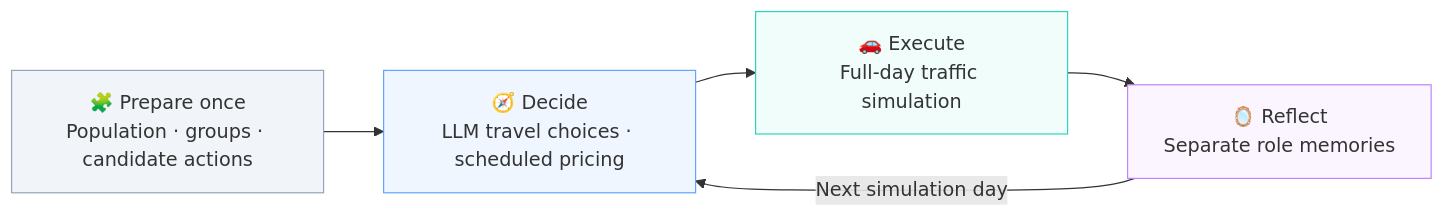
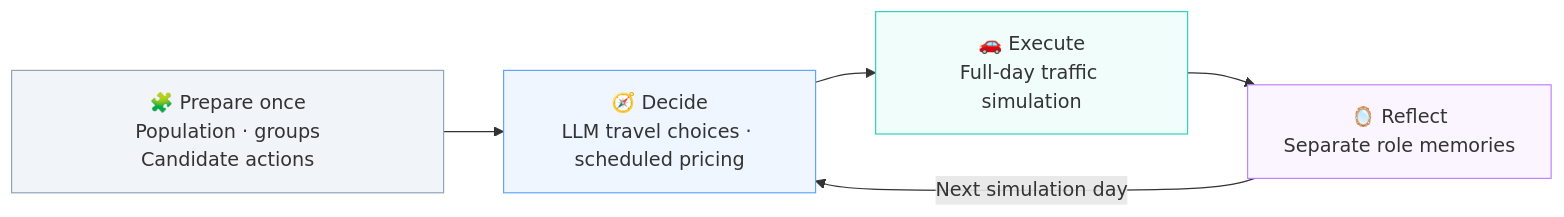
The diagram in README.md (Agentic-City-Research/Agentic-Mobility), drawn with Mermaid before and after one commit.

````diff
--- a/README.md
+++ b/README.md
@@ -38,15 +38,15 @@
 ```mermaid
 flowchart LR
-    A["🧩 Prepare once<br/>Population · groups · candidate actions"]
+    A["<div style='width:300px'>🧩 Prepare once<br/>Population · groups<br/>Candidate actions</div>"]
     B["🧭 Decide<br/>LLM travel choices · scheduled pricing"]
     C["🚗 Execute<br/>Full-day traffic simulation"]
     D["🪞 Reflect<br/>Separate role memories"]
 
     A --> B --> C --> D
     D -->|Next simulation day| B
 
     style A fill:#f1f5f9,stroke:#94a3b8
     style B fill:#eff6ff,stroke:#60a5fa
     style C fill:#f0fdfa,stroke:#2dd4bf
     style D fill:#faf5ff,stroke:#c084fc
 ```
````
